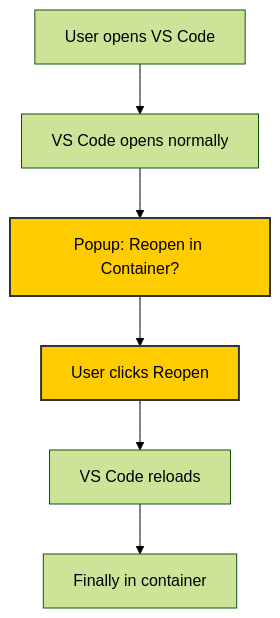
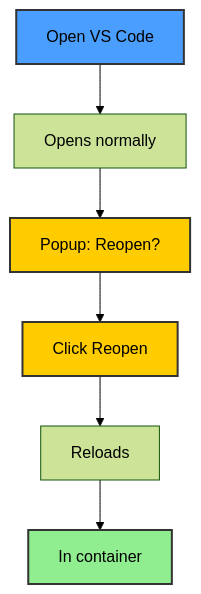
The second of 6 diagrams in sparc/3-architecture/diagrams/04-vscode-integration.md (ManuelKugelmann/BitBot), drawn with Mermaid (forest theme) before and after one commit. The commit also changed other lines of this file and 5 other files, not shown here.

First line of the commit message:
Remove Docker from config mode in architecture diagrams

````diff
--- a/sparc/3-architecture/diagrams/04-vscode-integration.md
+++ b/sparc/3-architecture/diagrams/04-vscode-integration.md
@@ -44,18 +44,20 @@
 ```mermaid
 flowchart TD
-    USER[User opens VS Code]
-    NORMAL[VS Code opens normally]
-    POPUP[Popup: Reopen in Container?]
-    CLICK[User clicks Reopen]
-    RELOAD[VS Code reloads]
-    CONTAINER[Finally in container]
+    USER[Open VS Code]
+    NORMAL[Opens normally]
+    POPUP[Popup: Reopen?]
+    CLICK[Click Reopen]
+    RELOAD[Reloads]
+    CONTAINER[In container]
 
     USER --> NORMAL
     NORMAL --> POPUP
     POPUP --> CLICK
     CLICK --> RELOAD
     RELOAD --> CONTAINER
 
+    style USER fill:#4a9eff,stroke:#333,stroke-width:2px
     style POPUP fill:#ffcc00,stroke:#333,stroke-width:2px
     style CLICK fill:#ffcc00,stroke:#333,stroke-width:2px
+    style CONTAINER fill:#90ee90,stroke:#333,stroke-width:2px
 ```
````
